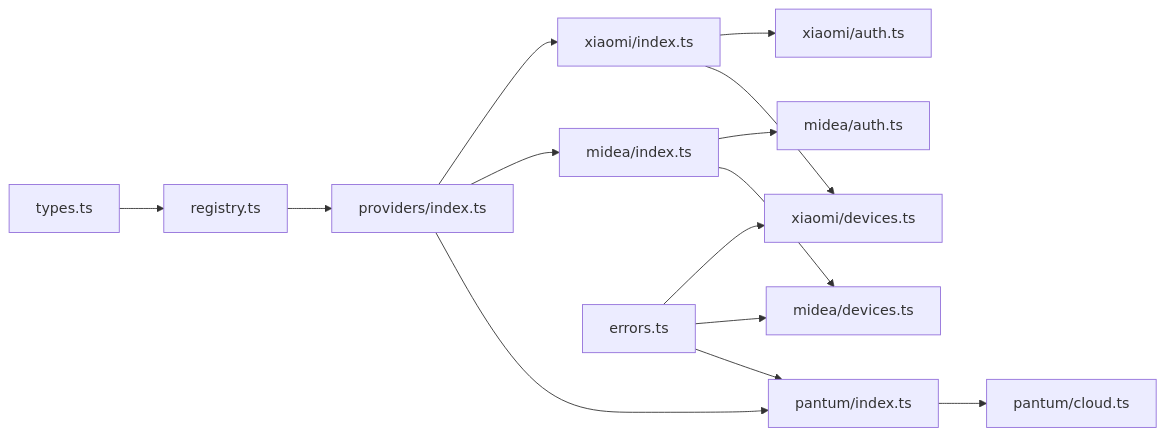
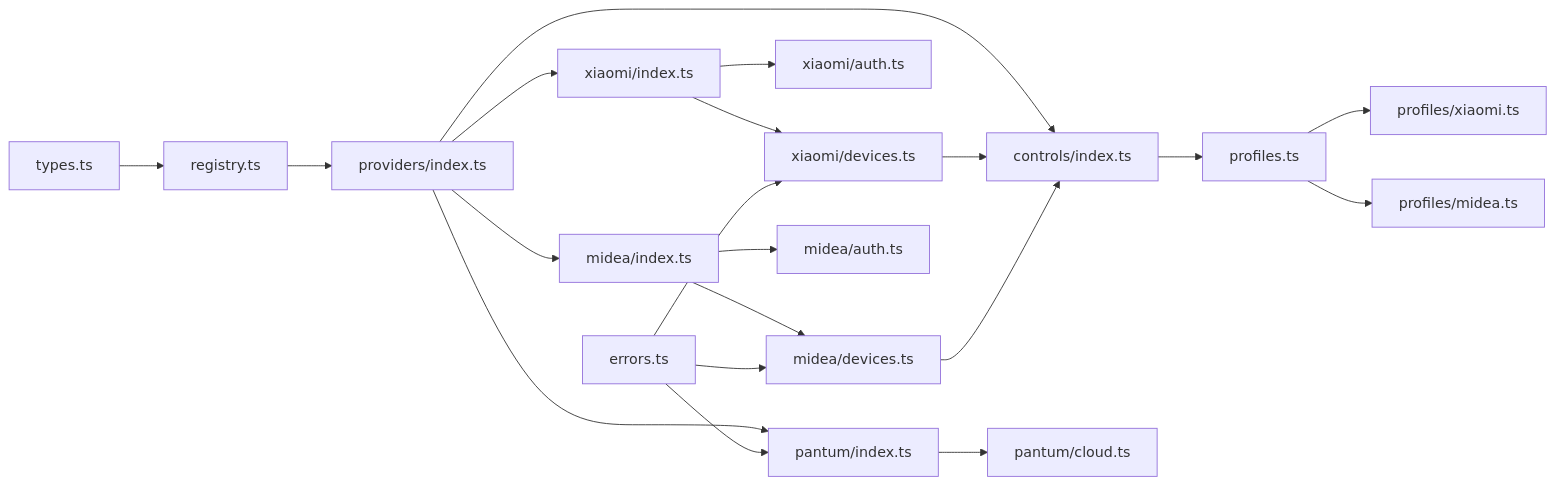
The tenth of 10 diagrams in .qoder/repowiki/en/content/Architecture Overview/Provider System Architecture.md (dlutwuwei/mihome-web), drawn with Mermaid before and after one commit. The commit also changed other lines of this file and 84 other files, not shown here.

````diff
--- a/.qoder/repowiki/en/content/Architecture Overview/Provider System Architecture.md
+++ b/.qoder/repowiki/en/content/Architecture Overview/Provider System Architecture.md
@@ -491,16 +602,22 @@
 ```mermaid
 graph LR
 Types["types.ts"] --> Registry["registry.ts"]
 Registry --> ProvidersIndex["providers/index.ts"]
+ProvidersIndex --> ControlsIndex["controls/index.ts"]
+ControlsIndex --> Profiles["profiles.ts"]
+Profiles --> XiaomiProfiles["profiles/xiaomi.ts"]
+Profiles --> MideaProfiles["profiles/midea.ts"]
 ProvidersIndex --> XiaomiIdx["xiaomi/index.ts"]
 ProvidersIndex --> MideaIdx["midea/index.ts"]
 ProvidersIndex --> PantumIdx["pantum/index.ts"]
 XiaomiIdx --> XiaomiAuth["xiaomi/auth.ts"]
 XiaomiIdx --> XiaomiDev["xiaomi/devices.ts"]
 MideaIdx --> MideaAuth["midea/auth.ts"]
 MideaIdx --> MideaDev["midea/devices.ts"]
 PantumIdx --> PantumCloud["pantum/cloud.ts"]
+XiaomiDev --> ControlsIndex
+MideaDev --> ControlsIndex
 Errors["errors.ts"] --> XiaomiDev
 Errors --> MideaDev
 Errors --> PantumIdx
 ```
````
